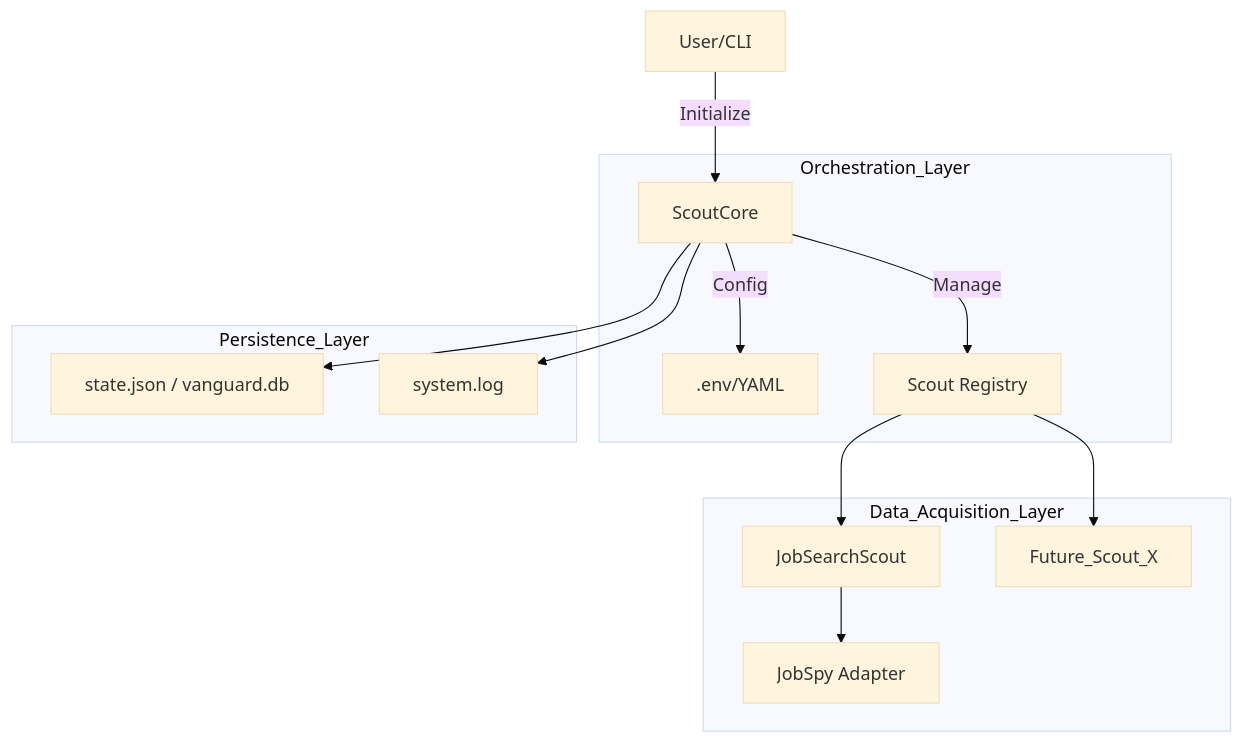
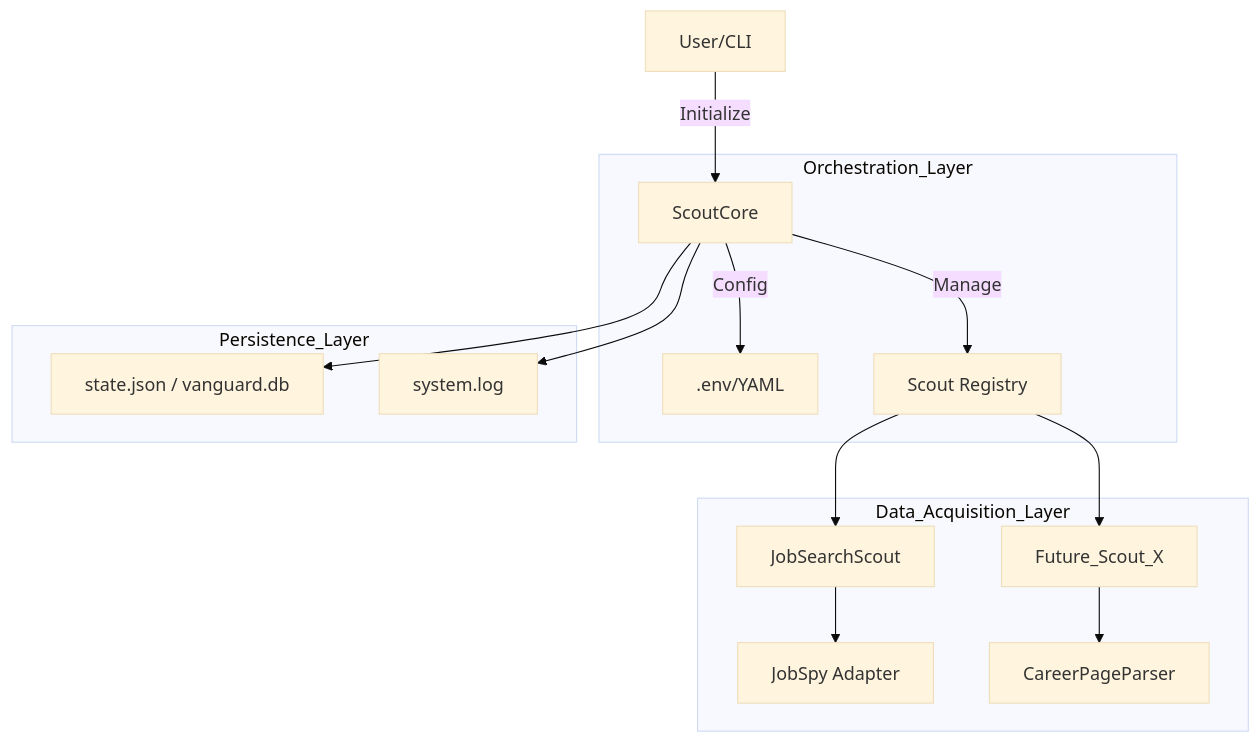
The first of 2 diagrams in docs/specs/TECHNICAL_DESIGN.md (ChadHuckeba/SurvivalStack-Vanguard), drawn with Mermaid (base theme) before and after one commit. The commit also changed other lines of this file and 4 other files, not shown here.

Commit message:
feat: Implement CareerPageParser for direct job URL extraction. Fixes #20

````diff
--- a/docs/specs/TECHNICAL_DESIGN.md
+++ b/docs/specs/TECHNICAL_DESIGN.md
@@ -10,20 +10,21 @@
 ```mermaid
 graph TD
     User[User/CLI] -->|Initialize| Core[ScoutCore]
     
     subgraph Orchestration_Layer
         Core -->|Config| Env[.env/YAML]
         Core -->|Manage| Registry[Scout Registry]
     end
 
     subgraph Data_Acquisition_Layer
         Registry --> Scout1[JobSearchScout]
         Registry --> Scout2[Future_Scout_X]
         Scout1 --> Adapter[JobSpy Adapter]
+        Scout2 --> Crawler[CareerPageParser]
     end
 
     subgraph Persistence_Layer
         Core --> State[state.json / vanguard.db]
         Core --> Logs[system.log]
     end
 ```
````
